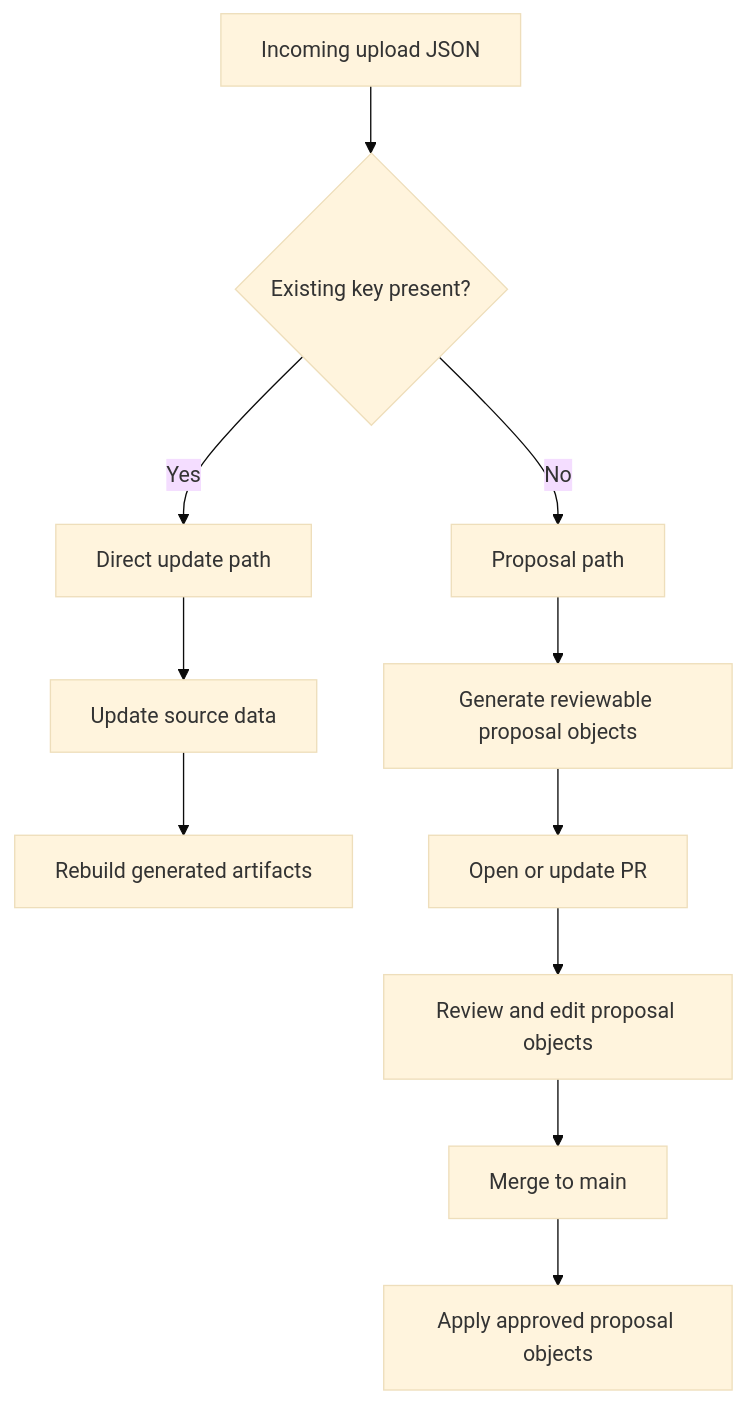
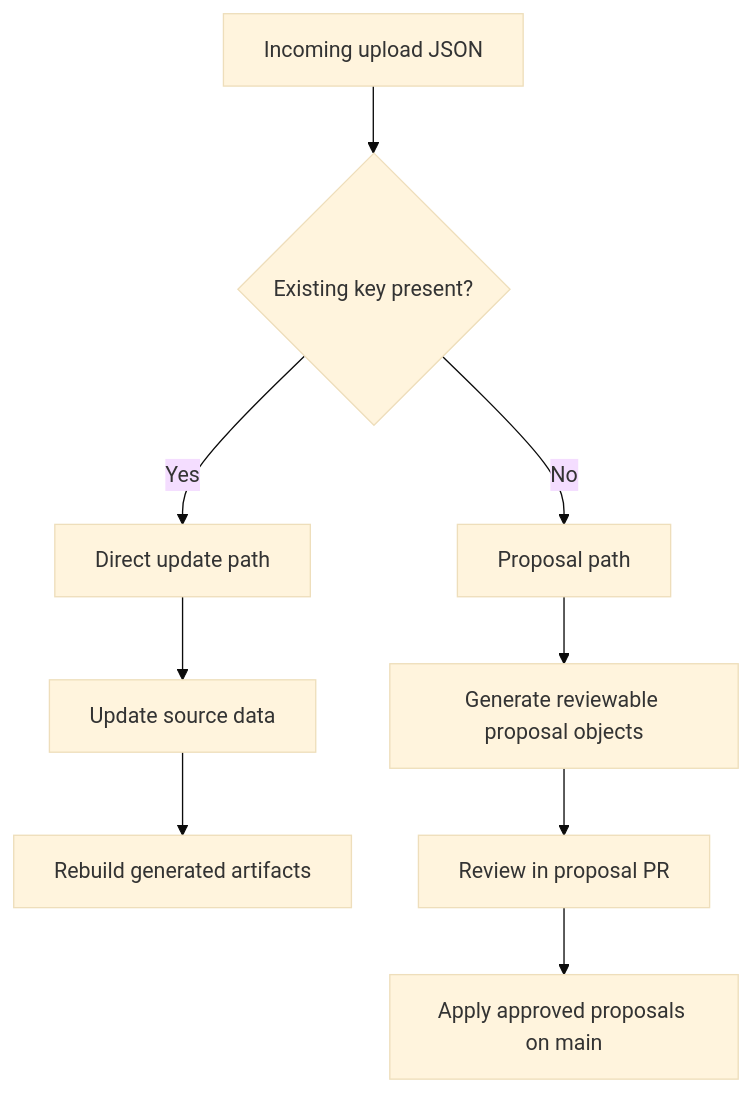
Before and after one commit to PRAxISDEVELOPMENT/mypraxis_translation_keys: the second of 3 diagrams in README.md, drawn with Mermaid (base theme). The commit also changed other lines of this file and 9 other files, not shown here.

````diff
--- a/README.md
+++ b/README.md
@@ -98,13 +300,11 @@
 ```mermaid
 flowchart TD
     A[Incoming upload JSON] --> B{Existing key present?}
     B -- Yes --> C[Direct update path]
     B -- No --> D[Proposal path]
     C --> E[Update source data]
     D --> F[Generate reviewable proposal objects]
     E --> G[Rebuild generated artifacts]
-    F --> H[Open or update PR]
-    H --> I[Review and edit proposal objects]
-    I --> J[Merge to main]
-    J --> K[Apply approved proposal objects]
+    F --> H[Review in proposal PR]
+    H --> I[Apply approved proposals on main]
 ```
````
